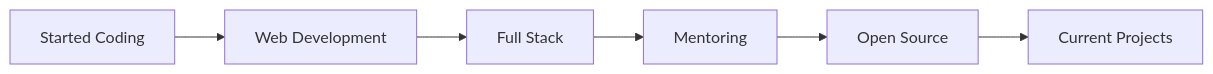
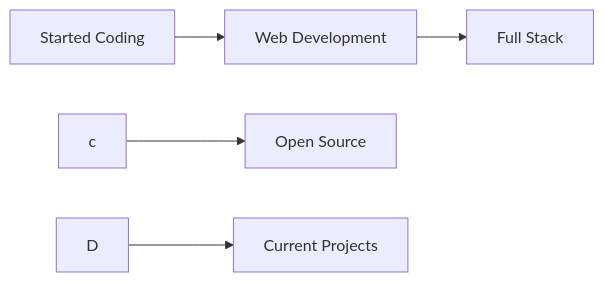
One commit to Emtiaz-ahmed-13/Emtiaz-ahmed-13 changed the first of 3 diagrams in README.md. Above: the diagram before and after it, drawn with Mermaid. The commit also changed other lines of this file, not shown here.

````diff
--- a/README.md
+++ b/README.md
@@ -27,8 +27,7 @@
 ```mermaid
 graph LR
     A[Started Coding] --> B[Web Development]
     B --> C[Full Stack]
-    C --> D[Mentoring]
-    D --> E[Open Source]
-    E --> F[Current Projects]
+    c --> E[Open Source]
+    D--> F[Current Projects]
 ```
````
